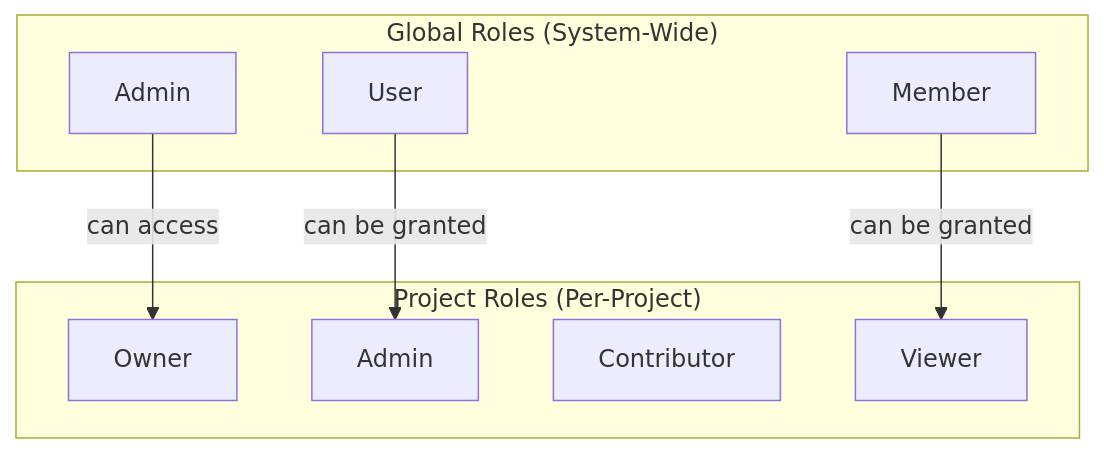
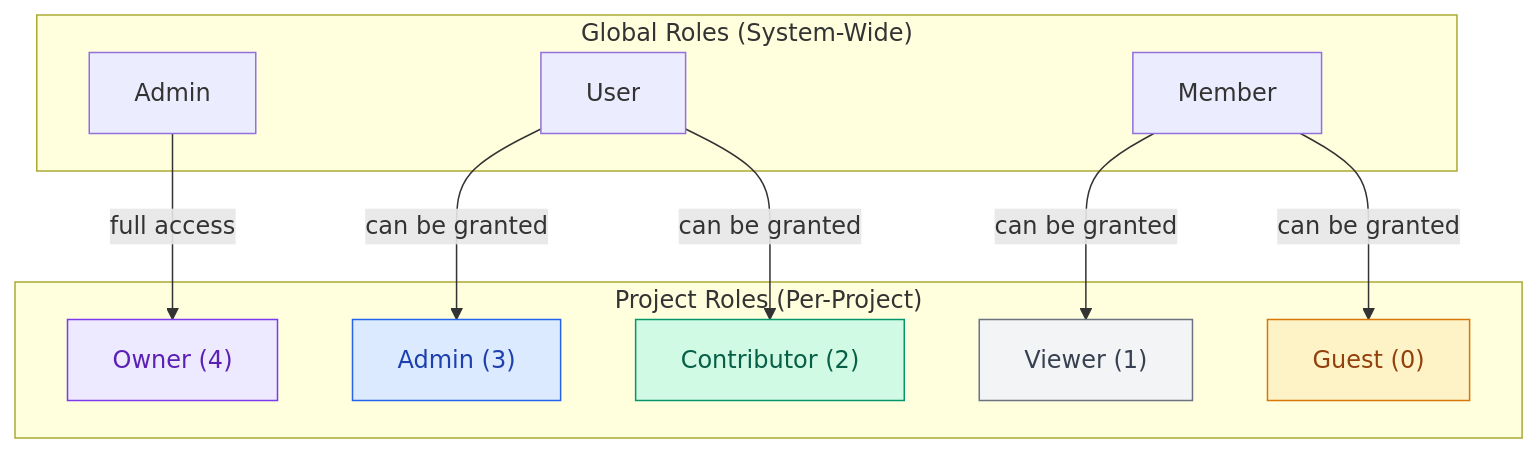
The diagram in docs/features/authorization.md (bffless/docs-public), drawn with Mermaid before and after one commit. The commit also changed other lines of this file, not shown here.

````diff
--- a/docs/features/authorization.md
+++ b/docs/features/authorization.md
@@ -13,19 +13,28 @@
 ```mermaid
 flowchart TB
     subgraph Global["Global Roles (System-Wide)"]
         admin[Admin]
         user[User]
         member[Member]
     end
 
     subgraph Project["Project Roles (Per-Project)"]
-        owner[Owner]
-        padmin[Admin]
-        contributor[Contributor]
-        viewer[Viewer]
+        owner["Owner (4)"]
+        padmin["Admin (3)"]
+        contributor["Contributor (2)"]
+        viewer["Viewer (1)"]
+        guest["Guest (0)"]
     end
 
-    admin --> |"can access"| owner
-    user --> |"can be granted"| padmin
-    member --> |"can be granted"| viewer
+    admin -->|"full access"| owner
+    user -->|"can be granted"| padmin
+    user -->|"can be granted"| contributor
+    member -->|"can be granted"| viewer
+    member -->|"can be granted"| guest
+
+    style guest fill:#fef3c7,stroke:#d97706,color:#92400e
+    style viewer fill:#f3f4f6,stroke:#6b7280,color:#374151
+    style contributor fill:#d1fae5,stroke:#059669,color:#065f46
+    style padmin fill:#dbeafe,stroke:#2563eb,color:#1e40af
+    style owner fill:#ede9fe,stroke:#7c3aed,color:#5b21b6
 ```
````
